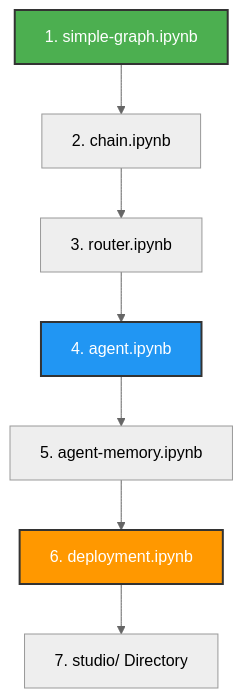
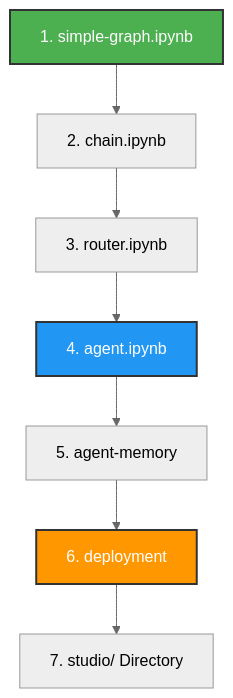
Before and after one commit to shekh-abdullah-ayubi/LangChain-Ecosystem: the diagram in 02-Introduction-Agentic-flow/GETTING_STARTED.md, drawn with Mermaid (neutral theme). The commit also changed 2 other files, not shown here.

Commit message:
Day 2 - Langgraph Data Modelling

````diff
--- a/02-Introduction-Agentic-flow/GETTING_STARTED.md
+++ b/02-Introduction-Agentic-flow/GETTING_STARTED.md
@@ -11,12 +11,12 @@
 ```mermaid
 graph TD
     A[1. simple-graph.ipynb] --> B[2. chain.ipynb]
     B --> C[3. router.ipynb]
     C --> D[4. agent.ipynb]
-    D --> E[5. agent-memory.ipynb]
-    E --> F[6. deployment.ipynb]
+    D --> E[5. agent-memory]
+    E --> F[6. deployment]
     F --> G[7. studio/ Directory]
     style A fill:#4CAF50,stroke:#333,stroke-width:2px,color:#fff
     style D fill:#2196F3,stroke:#333,stroke-width:2px,color:#fff
     style F fill:#FF9800,stroke:#333,stroke-width:2px,color:#fff
 ```
````
